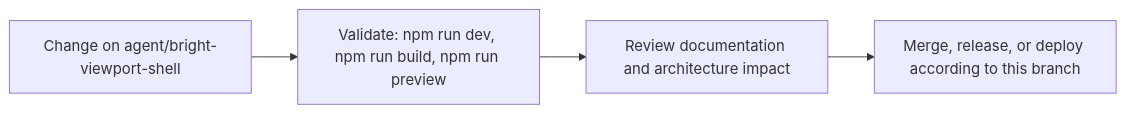
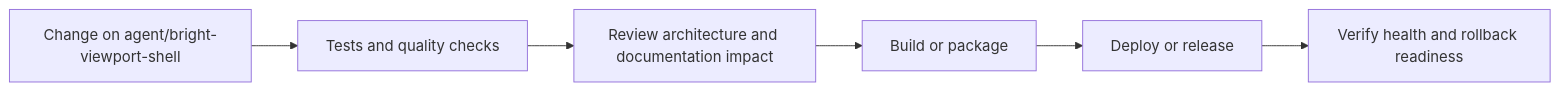
The fourth of 5 diagrams in README.md (Nischhalsubba/Napiyo), drawn with Mermaid before and after one commit. The commit also changed other lines of this file, not shown here.

````diff
--- a/README.md
+++ b/README.md
@@ -70,8 +148,8 @@
 ```mermaid
 flowchart LR
-    CHANGE["Change on agent/bright-viewport-shell"]
-    CHECK["Validate: npm run dev, npm run build, npm run preview"]
-    REVIEW["Review documentation and architecture impact"]
-    RELEASE["Merge, release, or deploy according to this branch"]
-    CHANGE --> CHECK --> REVIEW --> RELEASE
+    CHANGE["Change on agent/bright-viewport-shell"] --> CHECK["Tests and quality checks"]
+    CHECK --> REVIEW["Review architecture and documentation impact"]
+    REVIEW --> BUILD["Build or package"]
+    BUILD --> DEPLOY["Deploy or release"]
+    DEPLOY --> VERIFY["Verify health and rollback readiness"]
 ```
````
